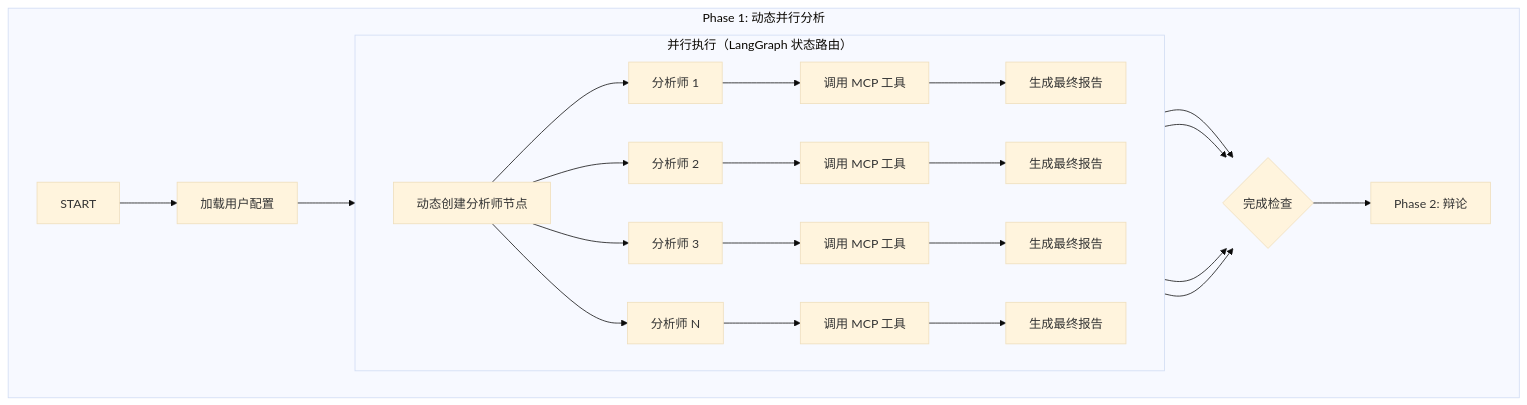
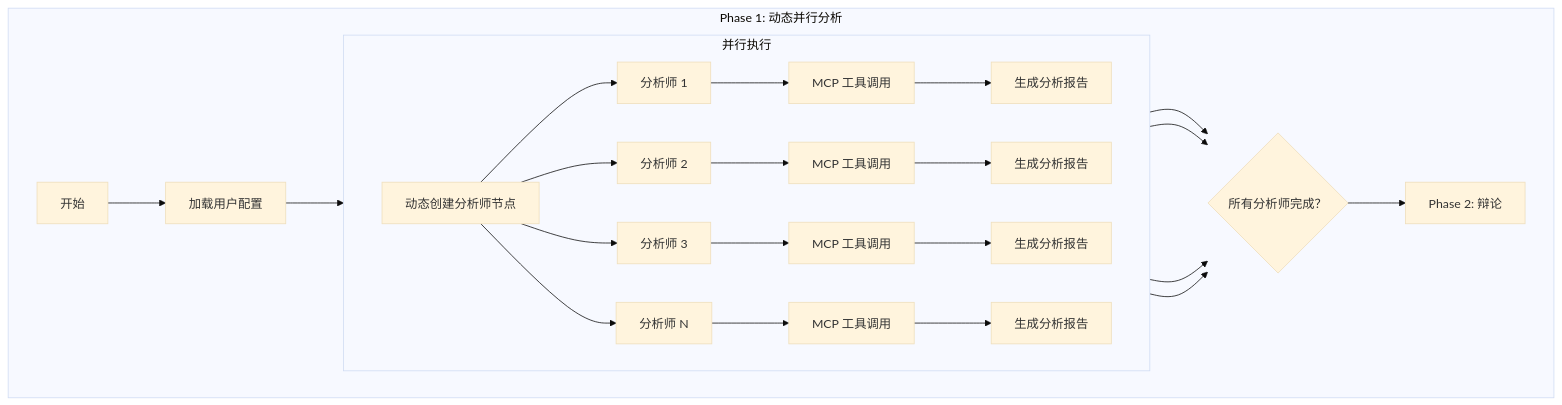
Before and after one commit to BG8CFB/StockAnalysis: the second of 5 diagrams in docs/TradingAgents/TradingAgents业务流程.md, drawn with Mermaid (base theme). The commit also changed other lines of this file and 25 other files, not shown here.

````diff
--- a/docs/TradingAgents/TradingAgents业务流程.md
+++ b/docs/TradingAgents/TradingAgents业务流程.md
@@ -85,32 +183,32 @@
 ```mermaid
 graph TD
     subgraph "Phase 1: 动态并行分析"
-        P1_Start[START] --> P1_Config[加载用户配置];
+        P1_Start[开始] --> P1_Config[加载用户配置];
         P1_Config --> P1_Dynamic[动态创建分析师节点];
 
-        subgraph "并行执行（LangGraph 状态路由）"
+        subgraph "并行执行"
             direction LR
             P1_Dynamic --> P1_A1[分析师 1];
             P1_Dynamic --> P1_A2[分析师 2];
             P1_Dynamic --> P1_A3[分析师 3];
             P1_Dynamic --> P1_An[分析师 N];
 
-            P1_A1 --> P1_A1_Tool[调用 MCP 工具];
-            P1_A2 --> P1_A2_Tool[调用 MCP 工具];
-            P1_A3 --> P1_A3_Tool[调用 MCP 工具];
-            P1_An --> P1_An_Tool[调用 MCP 工具];
+            P1_A1 --> P1_A1_Tool[MCP 工具调用];
+            P1_A2 --> P1_A2_Tool[MCP 工具调用];
+            P1_A3 --> P1_A3_Tool[MCP 工具调用];
+            P1_An --> P1_An_Tool[MCP 工具调用];
 
-            P1_A1_Tool --> P1_A1_Report[生成最终报告];
-            P1_A2_Tool --> P1_A2_Report[生成最终报告];
-            P1_A3_Tool --> P1_A3_Report[生成最终报告];
-            P1_An_Tool --> P1_An_Report[生成最终报告];
+            P1_A1_Tool --> P1_A1_Report[生成分析报告];
+            P1_A2_Tool --> P1_A2_Report[生成分析报告];
+            P1_A3_Tool --> P1_A3_Report[生成分析报告];
+            P1_An_Tool --> P1_An_Report[生成分析报告];
         end
 
-        P1_A1_Report --> P1_Check{完成检查};
+        P1_A1_Report --> P1_Check{所有分析师完成？};
         P1_A2_Report --> P1_Check;
         P1_A3_Report --> P1_Check;
         P1_An_Report --> P1_Check;
 
         P1_Check --> P1_Next[Phase 2: 辩论];
     end
 ```
````
